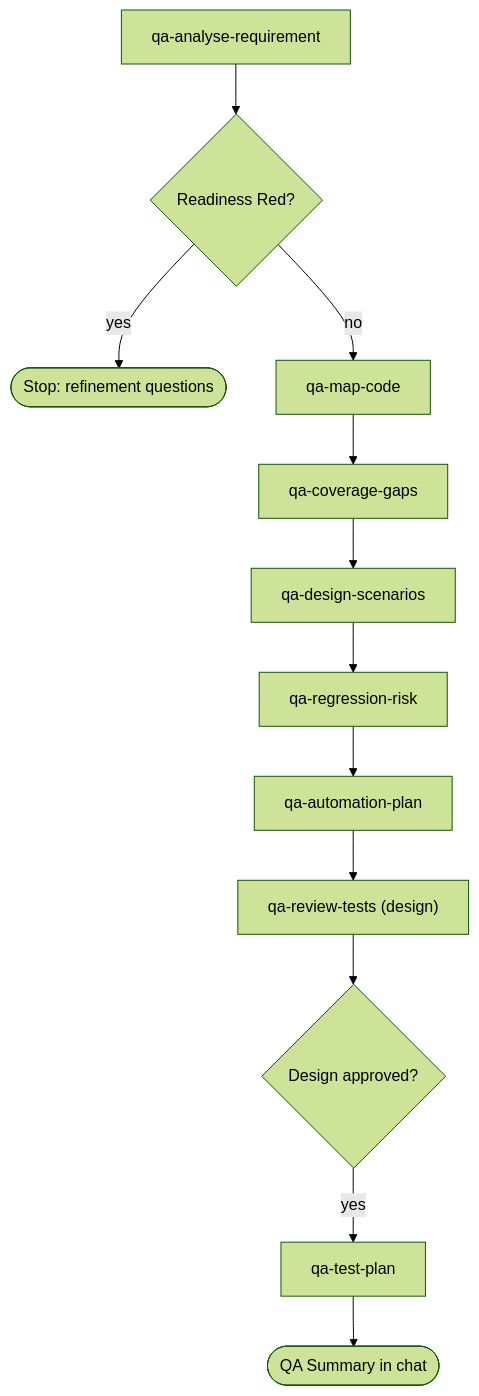
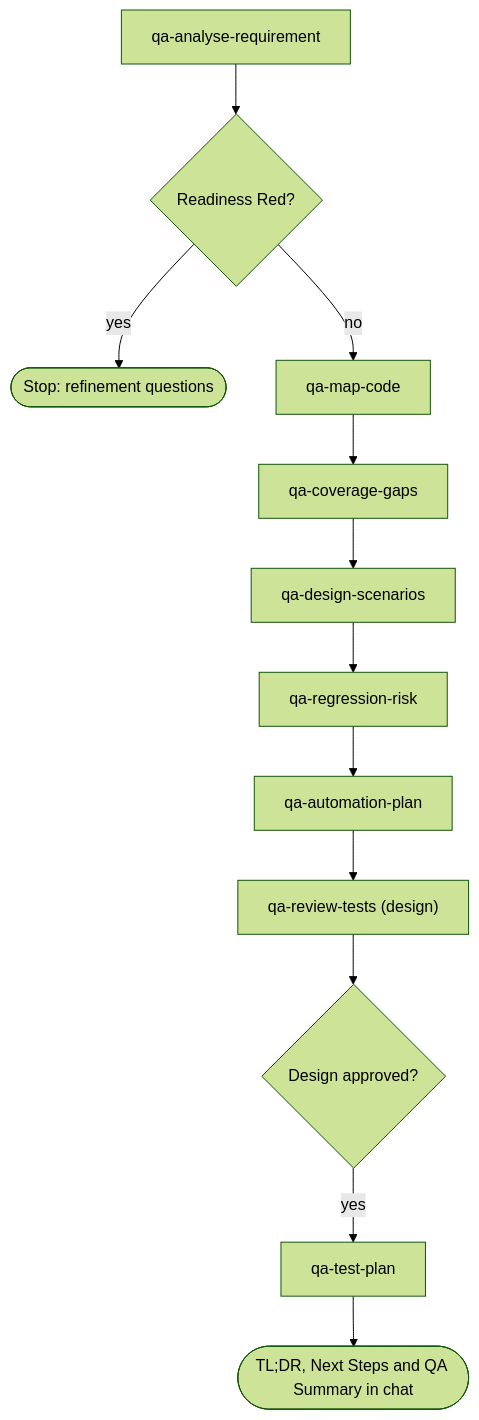
Before and after one commit to bmad-kainos/ai-qa: the third of 7 diagrams in docs/flows/03-usage.md, drawn with Mermaid (forest theme). The commit also changed 33 other files, not shown here.

````diff
--- a/docs/flows/03-usage.md
+++ b/docs/flows/03-usage.md
@@ -38,14 +38,14 @@
 ```mermaid
 flowchart TD
   D1["qa-analyse-requirement"] --> RD{"Readiness Red?"}
   RD -->|yes| STOP(["Stop: refinement questions"])
   RD -->|no| D2["qa-map-code"]
   D2 --> D3["qa-coverage-gaps"]
   D3 --> D4["qa-design-scenarios"]
   D4 --> D5["qa-regression-risk"]
   D5 --> D6["qa-automation-plan"]
   D6 --> D7["qa-review-tests (design)"]
   D7 --> DA{"Design approved?"}
   DA -->|yes| D8["qa-test-plan"]
-  D8 --> DS(["QA Summary in chat"])
+  D8 --> DS(["TL;DR, Next Steps and QA Summary in chat"])
 ```
````
